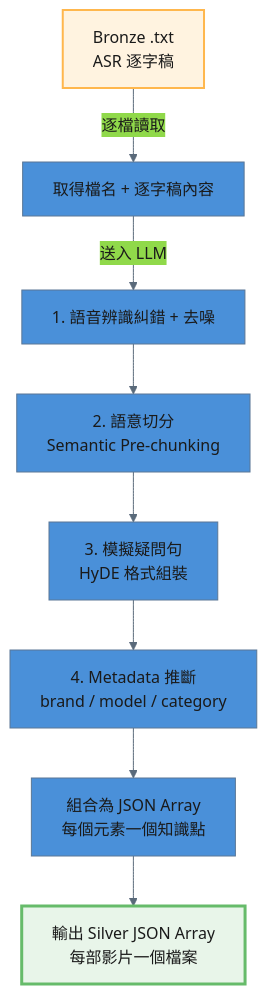
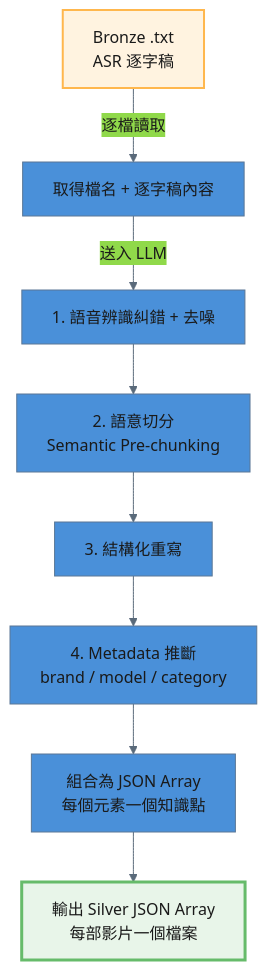
Before and after one commit to sunnyDataScience/Smart-Lock_AI_Support_Service_Dispatch_SaaS_Platform: the second of 2 diagrams in data/docs/manuals/Video處理流程.md, drawn with Mermaid. The commit also changed other lines of this file and 310 other files, not shown here.

````diff
--- a/data/docs/manuals/Video處理流程.md
+++ b/data/docs/manuals/Video處理流程.md
@@ -107,22 +68,22 @@
 ```mermaid
 ---
 config:
   layout: dagre
   theme: base
   themeVariables:
     primaryColor: '#4A90D9'
     primaryTextColor: '#1a1a1a'
     lineColor: '#5A6A7A'
 ---
 graph TD
     A[Bronze .txt<br/>ASR 逐字稿] -->|逐檔讀取| B[取得檔名 + 逐字稿內容]
     B -->|送入 LLM| C[1. 語音辨識糾錯 + 去噪]
     C --> D[2. 語意切分<br/>Semantic Pre-chunking]
-    D --> E[3. 模擬疑問句<br/>HyDE 格式組裝]
+    D --> E[3. 結構化重寫]
     E --> F[4. Metadata 推斷<br/>brand / model / category]
     F --> G[組合為 JSON Array<br/>每個元素一個知識點]
     G --> H[輸出 Silver JSON Array<br/>每部影片一個檔案]
 
     style A fill:#FFF3E0,stroke:#FFB74D,stroke-width:2px
     style H fill:#E8F5E9,stroke:#66BB6A,stroke-width:3px
 ```
````
